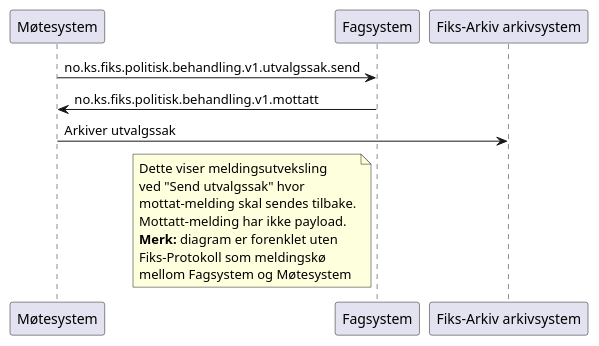
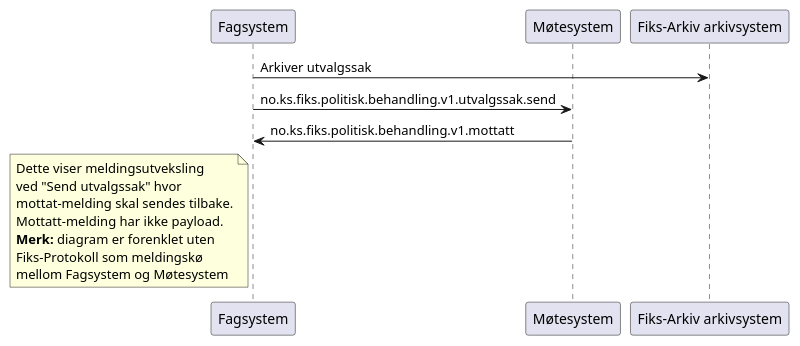
Before and after one commit to ks-no/fiks-politisk-behandling-specification: the diagram in Dokumentasjon/V1/meldingsutveksling/utvalgssak-send/sekvensdiagram/sekvensdiagram-utvalgssak-send.puml, drawn with PlantUML. The commit also changed 57 other files, not shown here.

Commit message:
Oppdatert diagrammer og README's i henhold til kommentarer

```diff
--- a/Dokumentasjon/V1/meldingsutveksling/utvalgssak-send/sekvensdiagram/sekvensdiagram-utvalgssak-send.puml
+++ b/Dokumentasjon/V1/meldingsutveksling/utvalgssak-send/sekvensdiagram/sekvensdiagram-utvalgssak-send.puml
@@ -1,20 +1,20 @@
 @startuml
+participant Fagsystem as "Fagsystem"
 participant Møtesystem as "Møtesystem"
-participant Fagsystem as "Fagsystem"
 participant Arkivsystem as "Fiks-Arkiv arkivsystem"
 
-Møtesystem -> Fagsystem : no.ks.fiks.politisk.behandling.v1.utvalgssak.send
-Møtesystem <- Fagsystem : no.ks.fiks.politisk.behandling.v1.mottatt
-Møtesystem -> Arkivsystem : Arkiver utvalgssak
+Fagsystem -> Arkivsystem : Arkiver utvalgssak
+Fagsystem -> Møtesystem : no.ks.fiks.politisk.behandling.v1.utvalgssak.send
+Fagsystem <- Møtesystem : no.ks.fiks.politisk.behandling.v1.mottatt
 
 note left of Fagsystem
 Dette viser meldingsutveksling
 ved "Send utvalgssak" hvor 
 mottat-melding skal sendes tilbake.
 Mottatt-melding har ikke payload.
 **Merk:** diagram er forenklet uten
 Fiks-Protokoll som meldingskø
 mellom Fagsystem og Møtesystem
 end note
 
 @enduml
```
